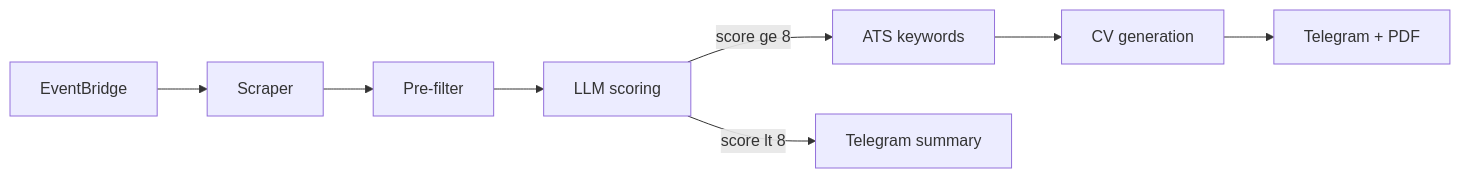
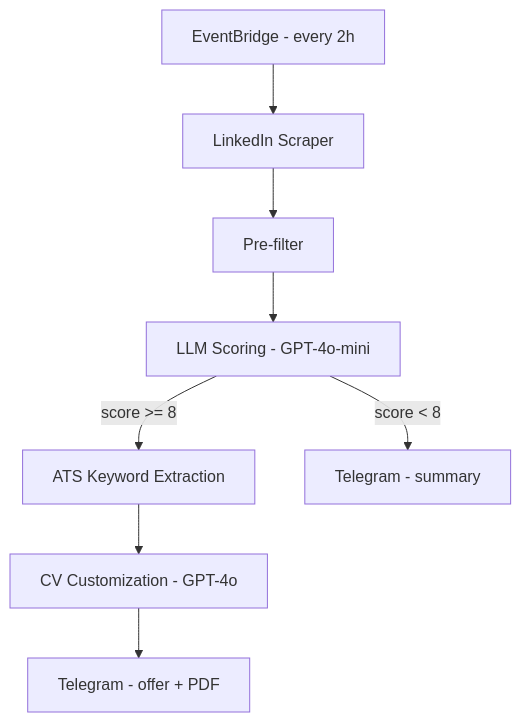
One commit to pietroruzzante/linkedin_scraper_pipeline changed the diagram in README.md. Above: the diagram before and after it, drawn with Mermaid.

Commit message:
Switch Mermaid diagram to top-down layout

````diff
--- a/README.md
+++ b/README.md
@@ -15,10 +15,10 @@
 ```mermaid
-flowchart LR
-    EB[EventBridge] --> S[Scraper]
-    S --> P[Pre-filter]
-    P --> L[LLM scoring]
-    L -->|score ge 8| K[ATS keywords]
-    K --> C[CV generation]
-    C --> T1[Telegram + PDF]
-    L -->|score lt 8| T2[Telegram summary]
+flowchart TD
+    A[EventBridge - every 2h] --> B[LinkedIn Scraper]
+    B --> C[Pre-filter]
+    C --> D[LLM Scoring - GPT-4o-mini]
+    D -->|score >= 8| E[ATS Keyword Extraction]
+    D -->|score < 8| F[Telegram - summary]
+    E --> G[CV Customization - GPT-4o]
+    G --> H[Telegram - offer + PDF]
 ```
````
